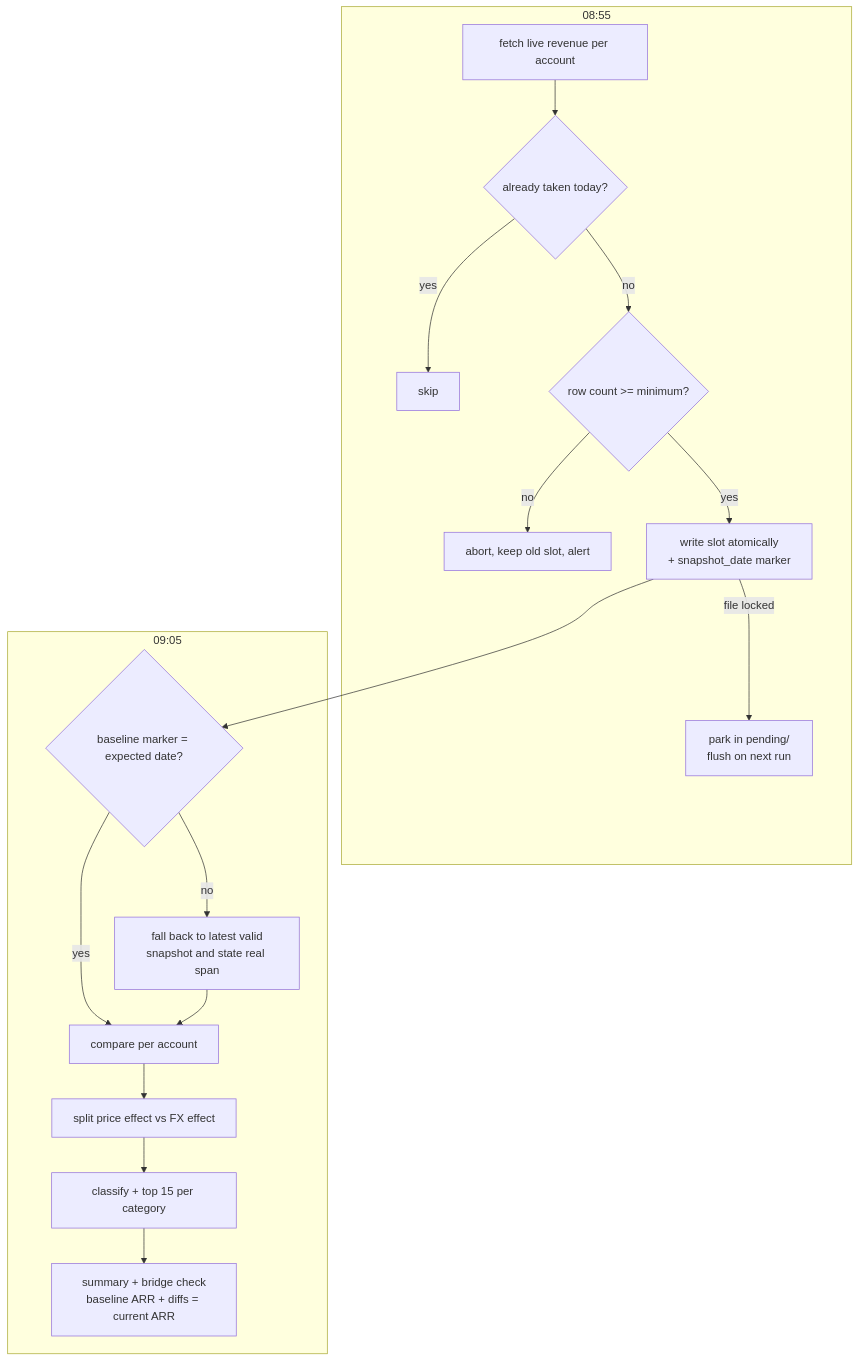
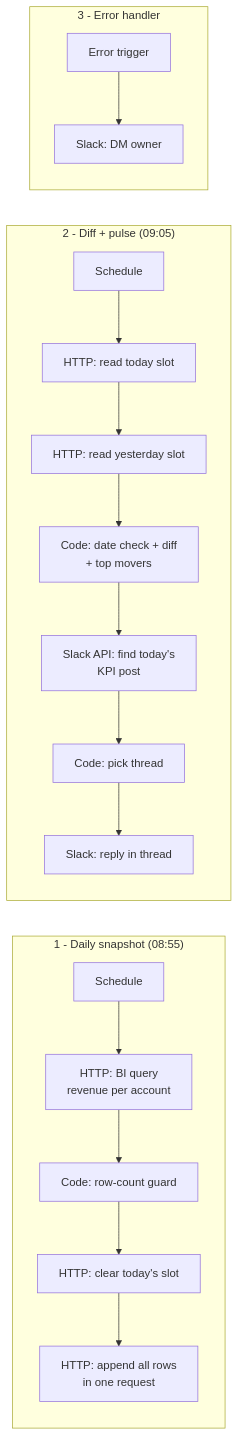
One commit to reizaa/revenue-change-tracker changed the diagram in README.md. Above: the diagram before and after it, drawn with Mermaid. The commit also changed other lines of this file and 3 other files, not shown here.

Commit message:
Walkthrough page + rewrite README around the n8n flow

````diff
--- a/README.md
+++ b/README.md
@@ -25,20 +49,14 @@
 ```mermaid
-flowchart TB
-    subgraph Daily snapshot job  [08:55]
-      S1[fetch live revenue per account] --> S2{already taken today?}
-      S2 -- yes --> SK[skip]
-      S2 -- no --> S3{row count >= minimum?}
-      S3 -- no --> AB[abort, keep old slot, alert]
-      S3 -- yes --> S4[write slot atomically<br/>+ snapshot_date marker]
-      S4 -- file locked --> PE[park in pending/<br/>flush on next run]
-    end
-    subgraph Diff job  [09:05]
-      D1{baseline marker = expected date?} -- no --> D2[fall back to latest valid<br/>snapshot and state real span]
-      D1 -- yes --> D3[compare per account]
-      D2 --> D3
-      D3 --> D4[split price effect vs FX effect]
-      D4 --> D5[classify + top 15 per category]
-      D5 --> D6[summary + bridge check<br/>baseline ARR + diffs = current ARR]
-    end
-    S4 --> D1
+flowchart LR
+  subgraph S["1 - Daily snapshot (08:55)"]
+    a1[Schedule] --> a2[HTTP: BI query<br/>revenue per account] --> a3[Code: row-count guard]
+    a3 --> a4[HTTP: clear today's slot] --> a5[HTTP: append all rows<br/>in one request]
+  end
+  subgraph D["2 - Diff + pulse (09:05)"]
+    b1[Schedule] --> b2[HTTP: read today slot] --> b3[HTTP: read yesterday slot]
+    b3 --> b4[Code: date check + diff<br/>+ top movers] --> b5[Slack API: find today's<br/>KPI post] --> b6[Code: pick thread] --> b7[Slack: reply in thread]
+  end
+  subgraph E["3 - Error handler"]
+    c1[Error trigger] --> c2[Slack: DM owner]
+  end
 ```
````
